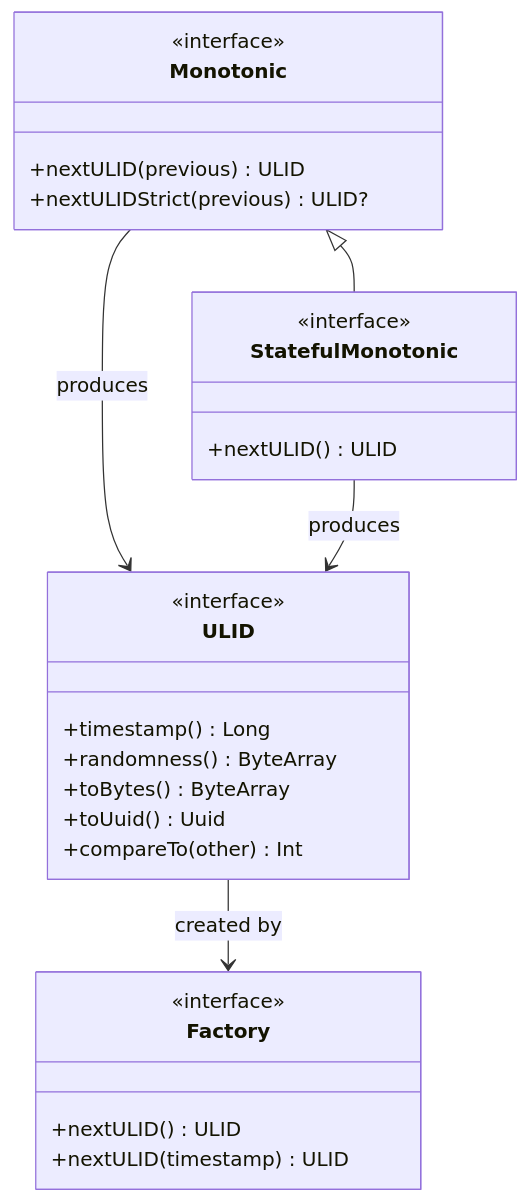
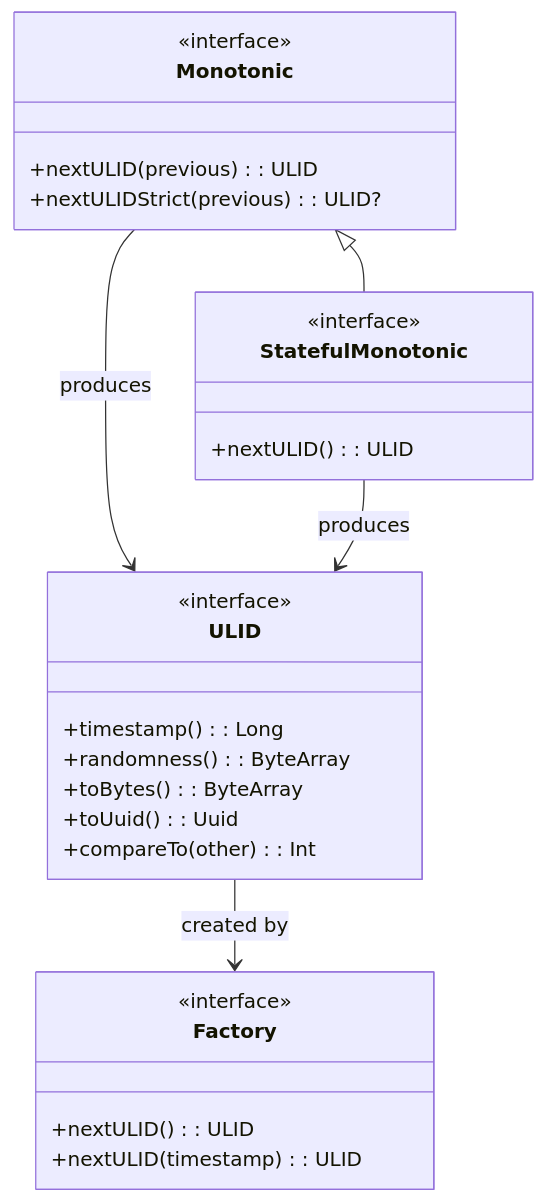
The fourth of 5 diagrams in utils/idgenerators/README.md (bluetape4k/bluetape4k-projects), drawn with Mermaid before and after one commit. The commit also changed other lines of this file and 14 other files, not shown here.

````diff
--- a/utils/idgenerators/README.md
+++ b/utils/idgenerators/README.md
@@ -136,30 +212,30 @@
 ```mermaid
 classDiagram
     class ULID {
         <<interface>>
-        +timestamp() Long
-        +randomness() ByteArray
-        +toBytes() ByteArray
-        +toUuid() Uuid
-        +compareTo(other) Int
+        +timestamp(): Long
+        +randomness(): ByteArray
+        +toBytes(): ByteArray
+        +toUuid(): Uuid
+        +compareTo(other): Int
     }
     class Factory {
         <<interface>>
-        +nextULID() ULID
-        +nextULID(timestamp) ULID
+        +nextULID(): ULID
+        +nextULID(timestamp): ULID
     }
     class Monotonic {
         <<interface>>
-        +nextULID(previous) ULID
-        +nextULIDStrict(previous) ULID?
+        +nextULID(previous): ULID
+        +nextULIDStrict(previous): ULID?
     }
     class StatefulMonotonic {
         <<interface>>
-        +nextULID() ULID
+        +nextULID(): ULID
     }
 
     ULID --> Factory : created by
     Monotonic --> ULID : produces
     StatefulMonotonic --> ULID : produces
     Monotonic <|-- StatefulMonotonic
 ```
````
